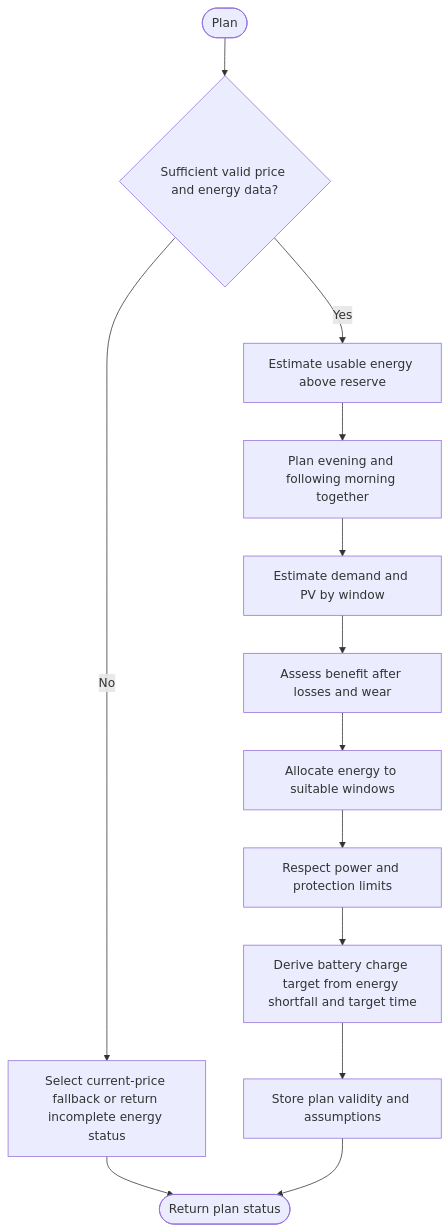
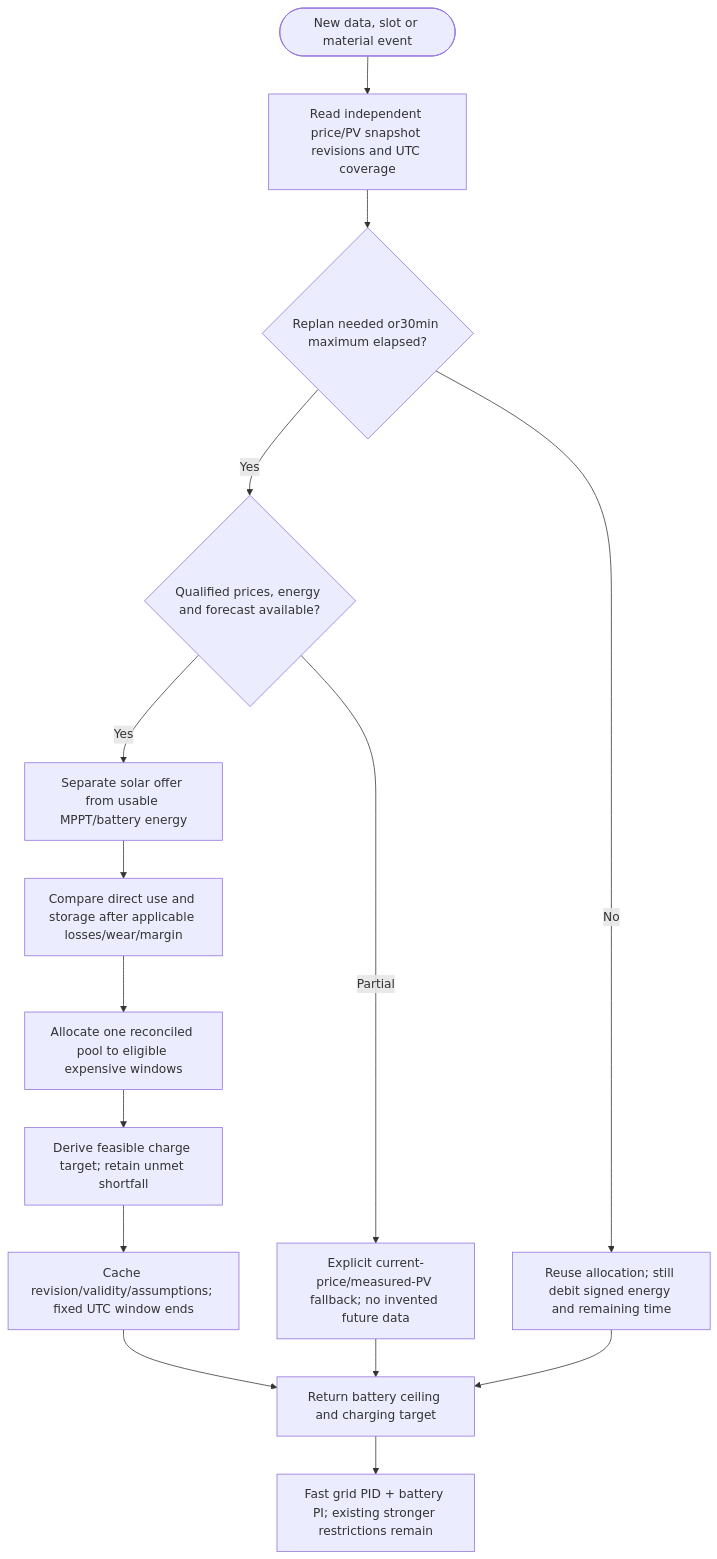
One commit to vitalyruhl/SolarInverterLimiter changed the diagram in docs/control-planning/05-energy-planning.md. Above: the diagram before and after it, drawn with Mermaid. The commit also changed other lines of this file and 20 other files, not shown here.

````diff
--- a/docs/control-planning/05-energy-planning.md
+++ b/docs/control-planning/05-energy-planning.md
@@ -18,15 +14,17 @@
 ```mermaid
 flowchart TD
- A([Plan]) --> B{Sufficient valid price and energy data?}
- B -- No --> C[Select current-price fallback or return incomplete energy status]
- B -- Yes --> D[Estimate usable energy above reserve]
- C --> K
- D --> E[Plan evening and following morning together]
- E --> F[Estimate demand and PV by window]
- F --> G[Assess benefit after losses and wear]
- G --> H[Allocate energy to suitable windows]
- H --> I[Respect power and protection limits]
- I --> CHG[Derive battery charge target from energy shortfall and target time]
- CHG --> J[Store plan validity and assumptions]
- J --> K([Return plan status])
+  EVT([New data, slot or material event]) --> VALID["Read independent price/PV snapshot revisions and UTC coverage"]
+  VALID --> DUE{Replan needed or30min maximum elapsed?}
+  DUE -- No --> CACHE["Reuse allocation; still debit signed energy and remaining time"]
+  DUE -- Yes --> INPUT{Qualified prices, energy and forecast available?}
+  INPUT -- Partial --> FALL["Explicit current-price/measured-PV fallback; no invented future data"]
+  INPUT -- Yes --> OFFER["Separate solar offer from usable MPPT/battery energy"]
+  OFFER --> ECON["Compare direct use and storage after applicable losses/wear/margin"]
+  ECON --> ALLOC["Allocate one reconciled pool to eligible expensive windows"]
+  ALLOC --> TARGET["Derive feasible charge target; retain unmet shortfall"]
+  TARGET --> SAVE["Cache revision/validity/assumptions; fixed UTC window ends"]
+  SAVE --> CAP["Return battery ceiling and charging target"]
+  FALL --> CAP
+  CACHE --> CAP
+  CAP --> FAST["Fast grid PID + battery PI; existing stronger restrictions remain"]
 ```
````
